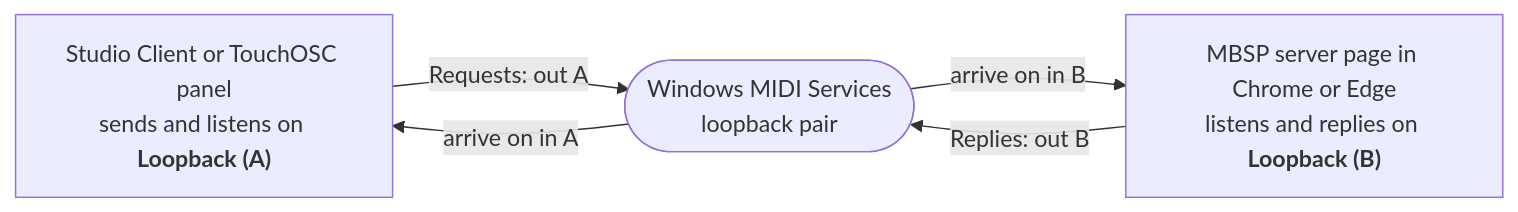
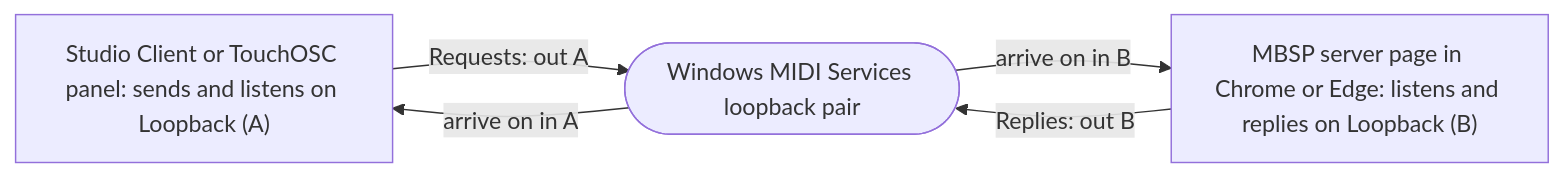
The diagram in README.md (MidiHax/midi-bulk-storage-protocol), drawn with Mermaid before and after one commit.

Commit message:
README: plain-text labels in the wiring diagram (GitHub showed the HTML tags)

````diff
--- a/README.md
+++ b/README.md
@@ -62,10 +62,10 @@
 ```mermaid
 flowchart LR
-  C["Studio Client or TouchOSC panel<br/>sends and listens on <b>Loopback (A)</b>"]
-  L(["Windows MIDI Services<br/>loopback pair"])
-  S["MBSP server page in Chrome or Edge<br/>listens and replies on <b>Loopback (B)</b>"]
+  C["Studio Client or TouchOSC panel: sends and listens on Loopback (A)"]
+  L(["Windows MIDI Services loopback pair"])
+  S["MBSP server page in Chrome or Edge: listens and replies on Loopback (B)"]
   C -- "Requests: out A" --> L
   L -- "arrive on in B" --> S
   S -- "Replies: out B" --> L
   L -- "arrive on in A" --> C
 ```
````
